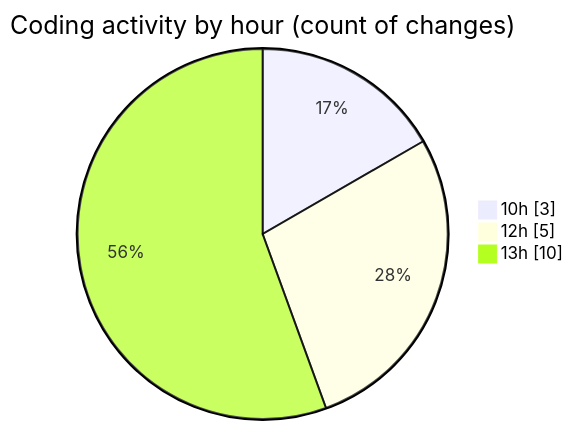
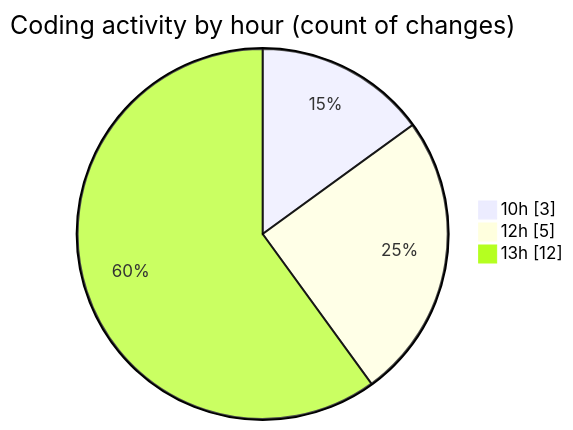
Before and after one commit to nxtqubesakshisongat/code-tracking: the second of 2 diagrams in 2026-05-07/nxtqube_webapp/README.md, drawn with Mermaid. The commit also changed other lines of this file and 1 other file, not shown here.

````diff
--- a/2026-05-07/nxtqube_webapp/README.md
+++ b/2026-05-07/nxtqube_webapp/README.md
@@ -28,7 +29,7 @@
 ```mermaid
 pie showData
 title Coding activity by hour (count of changes)
 "10h" : 3
 "12h" : 5
-"13h" : 10
+"13h" : 12
 ```
````
